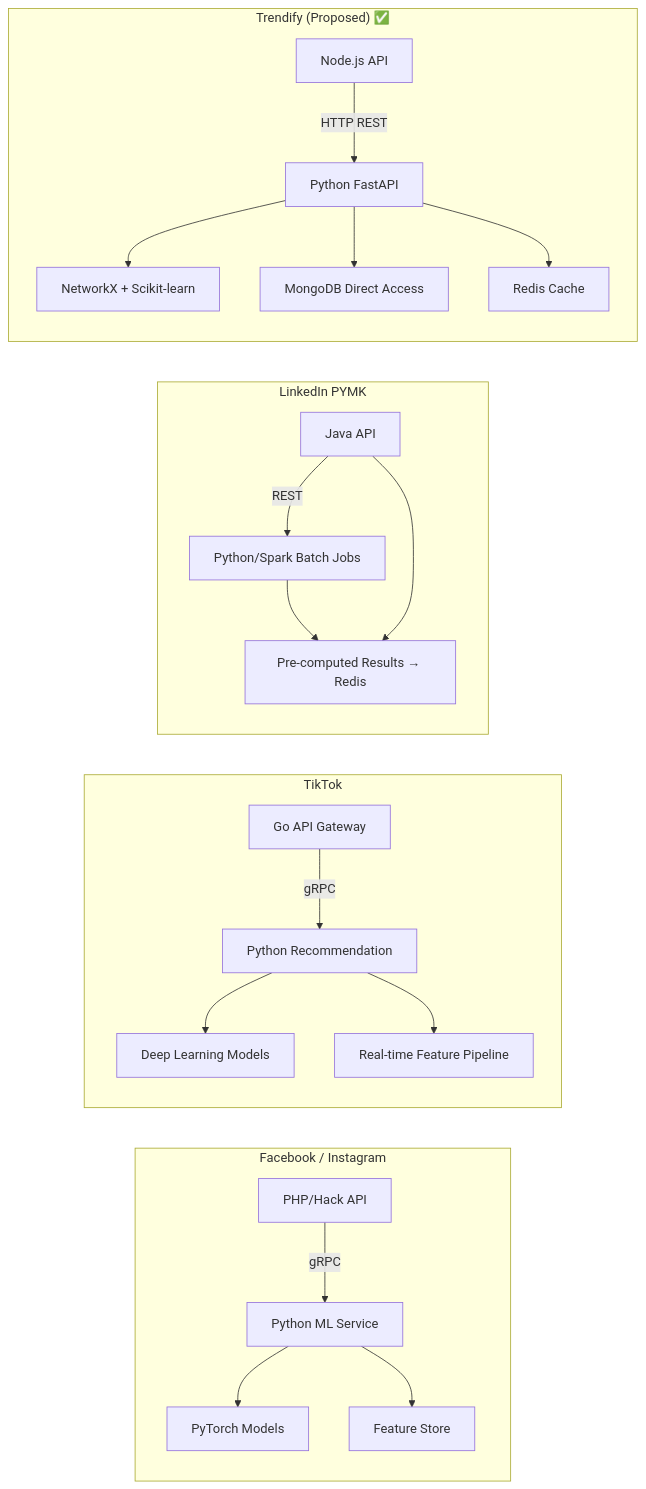
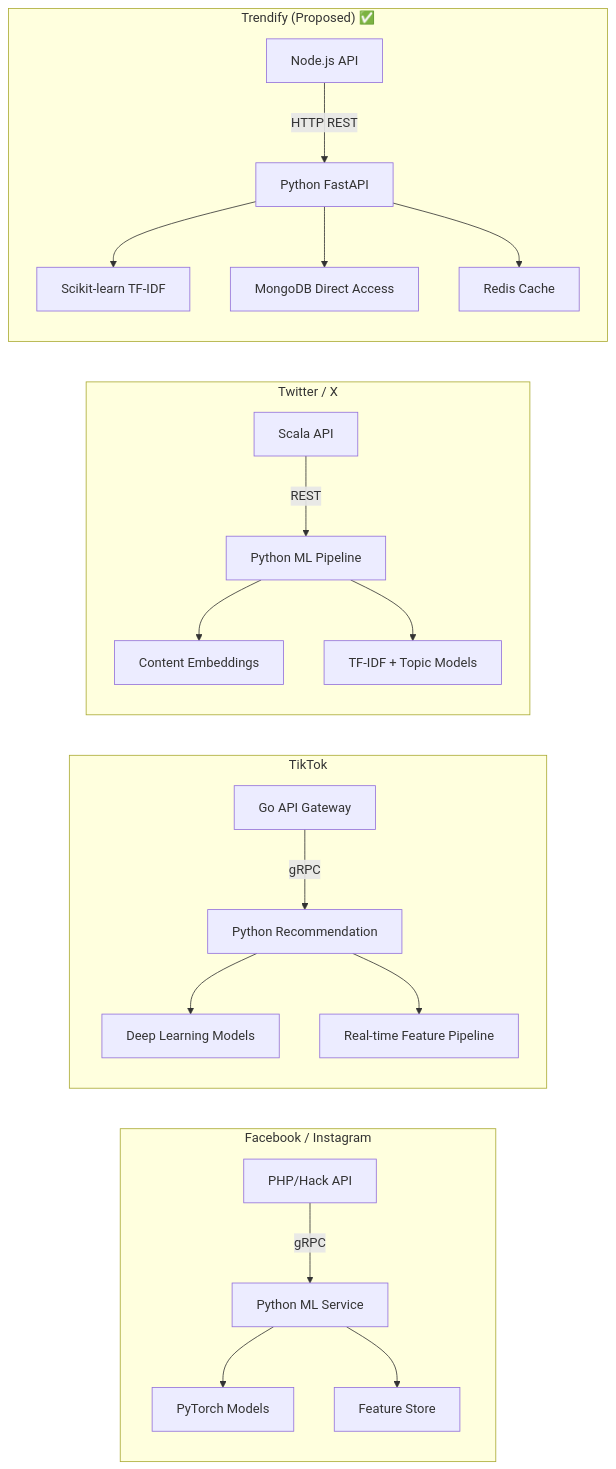
Before and after one commit to ThienBinhT9/New-Trendify: the first of 4 diagrams in docs/ai_plan.md, drawn with Mermaid. The commit also changed other lines of this file and 29 other files, not shown here.

````diff
--- a/docs/ai_plan.md
+++ b/docs/ai_plan.md
@@ -18,27 +17,27 @@
 ```mermaid
 graph LR
     subgraph "Facebook / Instagram"
         A[PHP/Hack API] -->|gRPC| B[Python ML Service]
         B --> C[PyTorch Models]
         B --> D[Feature Store]
     end
     
     subgraph "TikTok"
         E[Go API Gateway] -->|gRPC| F[Python Recommendation]
         F --> G[Deep Learning Models]
         F --> H[Real-time Feature Pipeline]
     end
     
-    subgraph "LinkedIn PYMK"
-        I[Java API] -->|REST| J[Python/Spark Batch Jobs]
-        J --> K[Pre-computed Results → Redis]
-        I --> K
+    subgraph "Twitter / X"
+        I[Scala API] -->|REST| J[Python ML Pipeline]
+        J --> K[Content Embeddings]
+        J --> L[TF-IDF + Topic Models]
     end
     
     subgraph "Trendify (Proposed) ✅"
-        L[Node.js API] -->|HTTP REST| M[Python FastAPI]
-        M --> N[NetworkX + Scikit-learn]
-        M --> O[MongoDB Direct Access]
-        M --> P[Redis Cache]
+        M[Node.js API] -->|HTTP REST| N[Python FastAPI]
+        N --> O[Scikit-learn TF-IDF]
+        N --> P[MongoDB Direct Access]
+        N --> Q[Redis Cache]
     end
 ```
````
